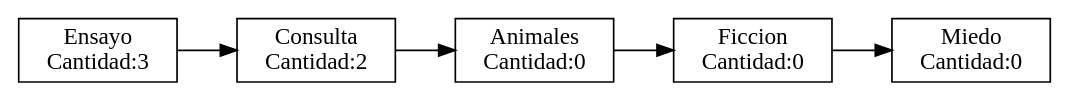
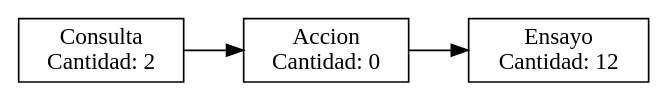
Before and after one commit to XiomRB/EDD_1S2020_PY2_201500332: the diagram in reportes/CategoriasPreOrden.dot, drawn with Graphviz. The commit also changed 31 other files, not shown here.

```diff
--- a/reportes/CategoriasPreOrden.dot
+++ b/reportes/CategoriasPreOrden.dot
@@ -1,5 +1,5 @@
 digraph g{
 rankdir = LR;
 node[shape=box];
-"Ensayo\nCantidad:3" -> "Consulta\nCantidad:2" -> "Animales\nCantidad:0" -> "Ficcion\nCantidad:0" -> "Miedo\nCantidad:0";
+"Consulta\nCantidad: 2" -> "Accion\nCantidad: 0" -> "Ensayo\nCantidad: 12";
 }
```
